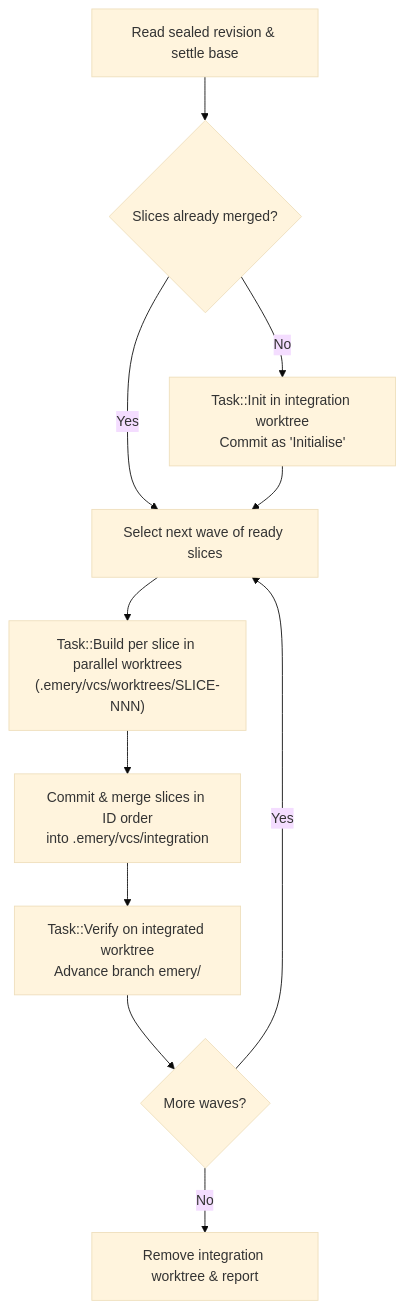
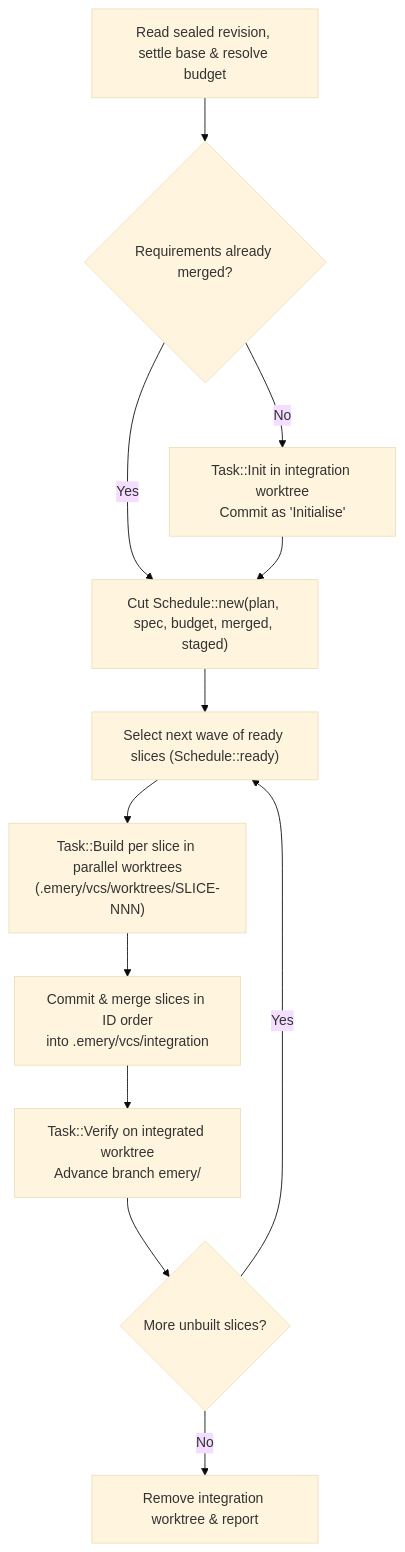
One commit to augentic/emery changed the diagram in docs/explanation/wave-builds.md. Above: the diagram before and after it, drawn with Mermaid (base theme). The commit also changed other lines of this file and 96 other files, not shown here.

````diff
--- a/docs/explanation/wave-builds.md
+++ b/docs/explanation/wave-builds.md
@@ -63,13 +115,14 @@
 ```mermaid
 flowchart TD
-  Start["Read sealed revision & settle base"] --> ResumeCheck{"Slices already merged?"}
+  Start["Read sealed revision, settle base & resolve budget"] --> ResumeCheck{"Requirements already merged?"}
   ResumeCheck -- "No" --> Init["Task::Init in integration worktree\nCommit as 'Initialise'"]
-  ResumeCheck -- "Yes" --> WaveLoop["Select next wave of ready slices"]
-  Init --> WaveLoop
+  ResumeCheck -- "Yes" --> ScheduleCut["Cut Schedule::new(plan, spec, budget, merged, staged)"]
+  Init --> ScheduleCut
+  ScheduleCut --> WaveLoop["Select next wave of ready slices (Schedule::ready)"]
   WaveLoop --> BuildSlices["Task::Build per slice in parallel worktrees\n(.emery/vcs/worktrees/SLICE-NNN)"]
   BuildSlices --> Integrate["Commit & merge slices in ID order\ninto .emery/vcs/integration"]
   Integrate --> Verify["Task::Verify on integrated worktree\nAdvance branch emery/<id>"]
-  Verify --> MoreWaves{"More waves?"}
+  Verify --> MoreWaves{"More unbuilt slices?"}
   MoreWaves -- "Yes" --> WaveLoop
   MoreWaves -- "No" --> Done["Remove integration worktree & report"]
 ```
````
